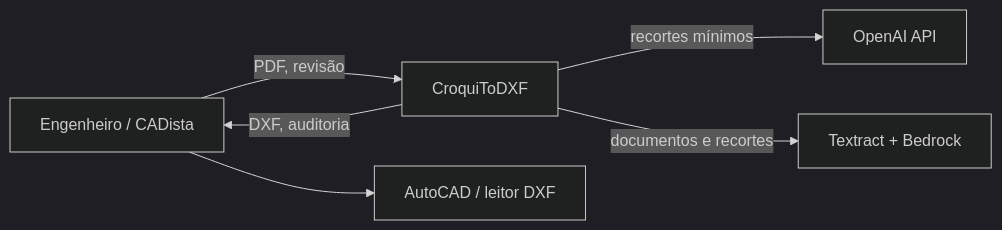
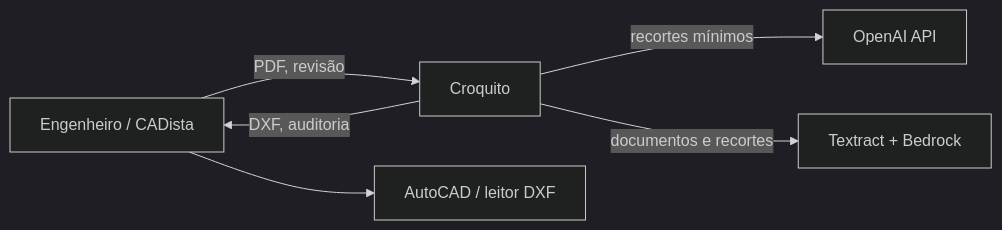
One commit to biahflow/croquito changed the first of 2 diagrams in docs/architecture/SYSTEM_ARCHITECTURE.md. Above: the diagram before and after it, drawn with Mermaid (dark theme). The commit also changed 277 other files, not shown here.

First line of the commit message:
Rebranding: croquiToDXF vira croquito em todo o repositório

````diff
--- a/docs/architecture/SYSTEM_ARCHITECTURE.md
+++ b/docs/architecture/SYSTEM_ARCHITECTURE.md
@@ -17,14 +17,14 @@
 ```mermaid
 flowchart LR
     User[Engenheiro / CADista]
-    System[CroquiToDXF]
+    System[Croquito]
     AutoCAD[AutoCAD / leitor DXF]
     OpenAI[OpenAI API]
     AWSAI[Textract + Bedrock]
 
     User -->|PDF, revisão| System
     System -->|DXF, auditoria| User
     User --> AutoCAD
     System -->|recortes mínimos| OpenAI
     System -->|documentos e recortes| AWSAI
 ```
````
